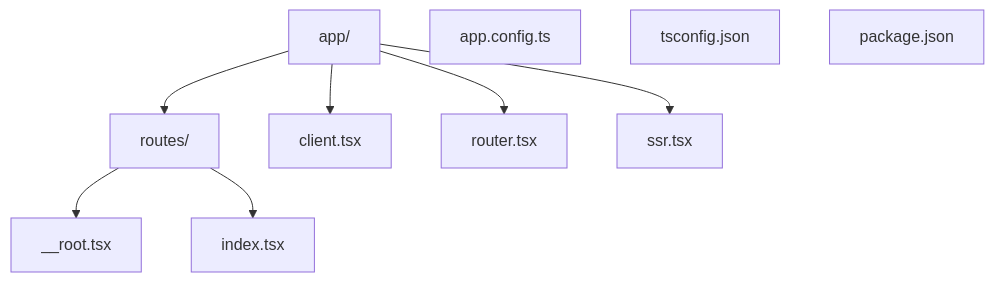
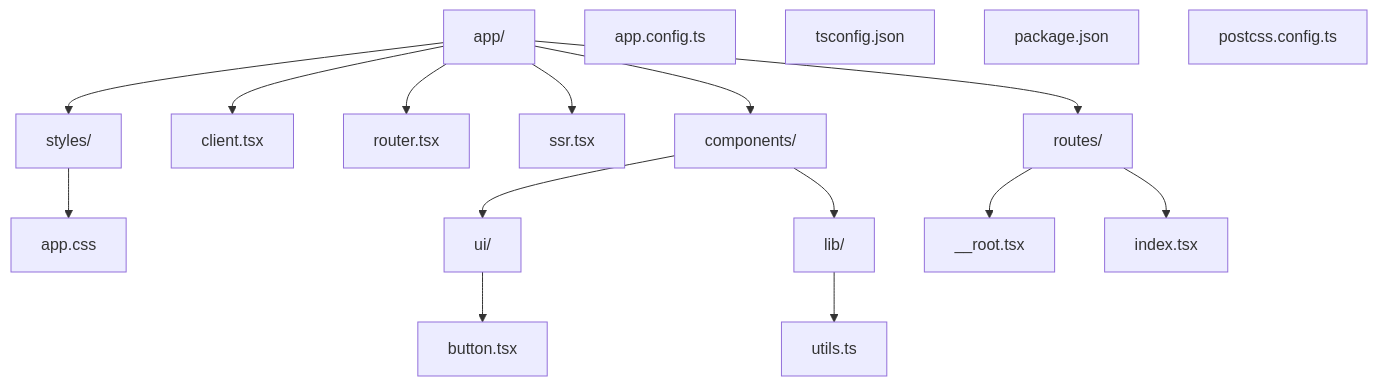
Before and after one commit to AndrewUsher/qr-generator-start: the first of 2 diagrams in README.md, drawn with Mermaid. The commit also changed other lines of this file, not shown here.

````diff
--- a/README.md
+++ b/README.md
@@ -11,12 +11,20 @@
 ```mermaid
 graph TD
     A[app/] --> B[routes/]
     A --> C[client.tsx]
     A --> D[router.tsx]
     A --> E[ssr.tsx]
-    B --> F[__root.tsx]
-    B --> G[index.tsx]
-    H[app.config.ts]
-    I[tsconfig.json]
-    J[package.json]
+    A --> F[styles/]
+    A --> G[components/]
+    F --> H[app.css]
+    G --> I[ui/]
+    I --> J[button.tsx]
+    G --> K[lib/]
+    K --> L[utils.ts]
+    B --> M[__root.tsx]
+    B --> N[index.tsx]
+    O[app.config.ts]
+    P[tsconfig.json]
+    Q[package.json]
+    R[postcss.config.ts]
 ```
````
